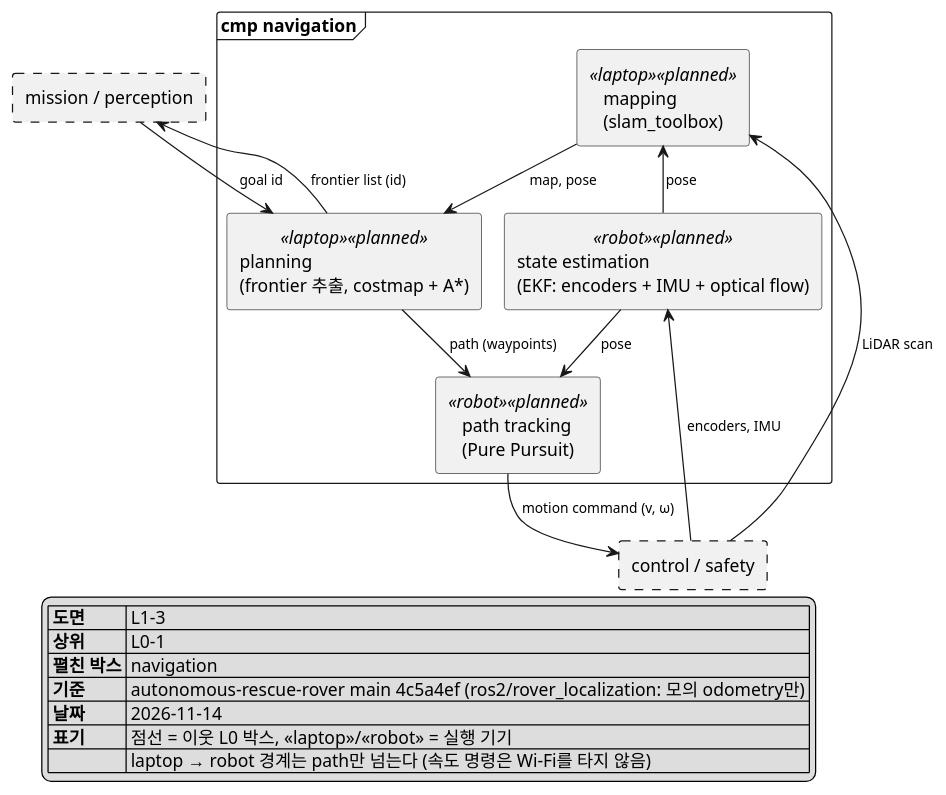
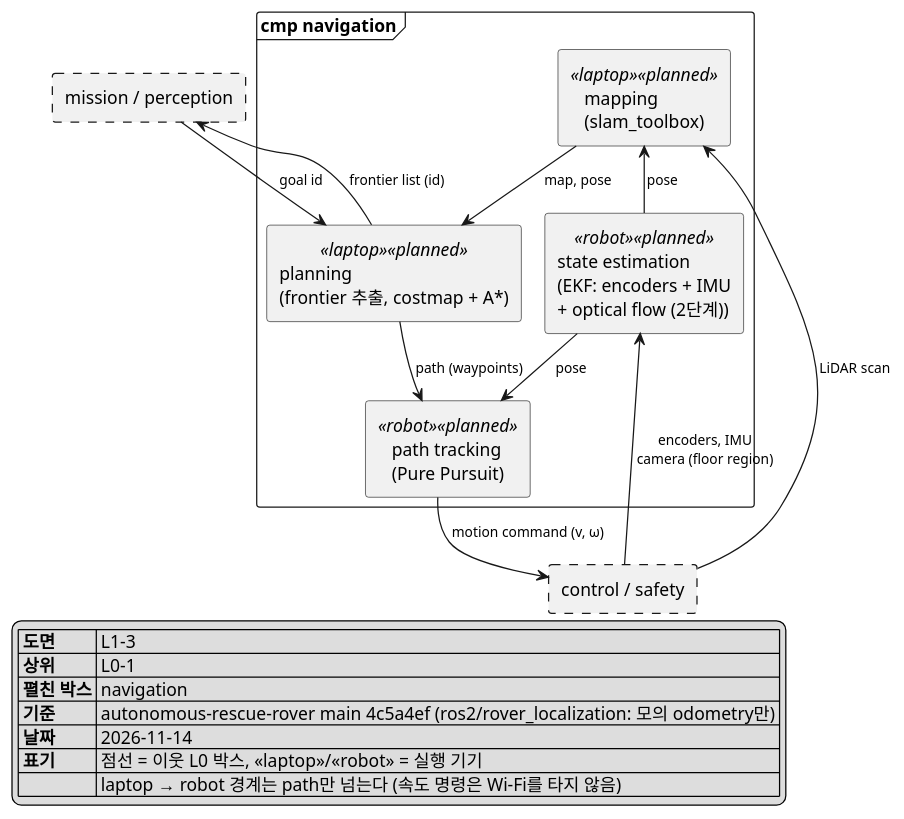
One commit to Ruysong/autonomous-rescue-rover changed the diagram in docs/architecture/L1-3_navigation.puml. Above: the diagram before and after it, drawn with PlantUML. The commit also changed 2 other files, not shown here.

Commit message:
docs: controlled lit test environment, optical flow as stage 2

```diff
--- a/docs/architecture/L1-3_navigation.puml
+++ b/docs/architecture/L1-3_navigation.puml
@@ -1,41 +1,41 @@
 @startuml L1-3_navigation
 !pragma layout smetana
 skinparam monochrome true
 skinparam shadowing false
 skinparam defaultFontName "Malgun Gothic"
 skinparam componentStyle rectangle
 skinparam ArrowFontSize 11
 top to bottom direction
 
 rectangle "mission / perception" as MISSION #line.dashed
 
 frame "cmp navigation" {
   component "mapping\n(slam_toolbox)" <<laptop>> <<planned>> as MAP
   component "planning\n(frontier 추출, costmap + A*)" <<laptop>> <<planned>> as PLAN
-  component "state estimation\n(EKF: encoders + IMU + optical flow)" <<robot>> <<planned>> as EKF
+  component "state estimation\n(EKF: encoders + IMU\n+ optical flow (2단계))" <<robot>> <<planned>> as EKF
   component "path tracking\n(Pure Pursuit)" <<robot>> <<planned>> as TRACK
 }
 
 rectangle "control / safety" as CONTROL #line.dashed
 
 MISSION --> PLAN : goal id
 PLAN -up-> MISSION : frontier list (id)
 
-CONTROL -up-> EKF : encoders, IMU
+CONTROL -up-> EKF : encoders, IMU\ncamera (floor region)
 CONTROL -up-> MAP : LiDAR scan
 EKF -up-> MAP : pose
 MAP --> PLAN : map, pose
 PLAN --> TRACK : path (waypoints)
 EKF --> TRACK : pose
 TRACK --> CONTROL : motion command (v, ω)
 
 legend bottom right
   |= 도면 | L1-3 |
   |= 상위 | L0-1 |
   |= 펼친 박스 | navigation |
   |= 기준 | autonomous-rescue-rover main 4c5a4ef (ros2/rover_localization: 모의 odometry만) |
   |= 날짜 | 2026-11-14 |
   |= 표기 | 점선 = 이웃 L0 박스, <<laptop>>/<<robot>> = 실행 기기 |
   |= | laptop → robot 경계는 path만 넘는다 (속도 명령은 Wi-Fi를 타지 않음) |
 endlegend
 @enduml
```
